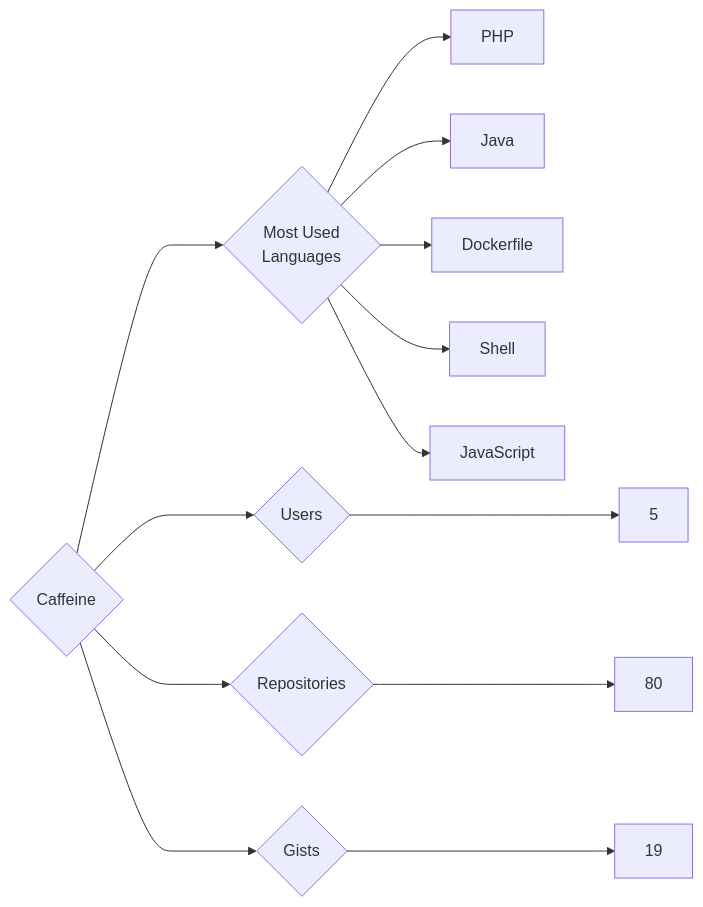
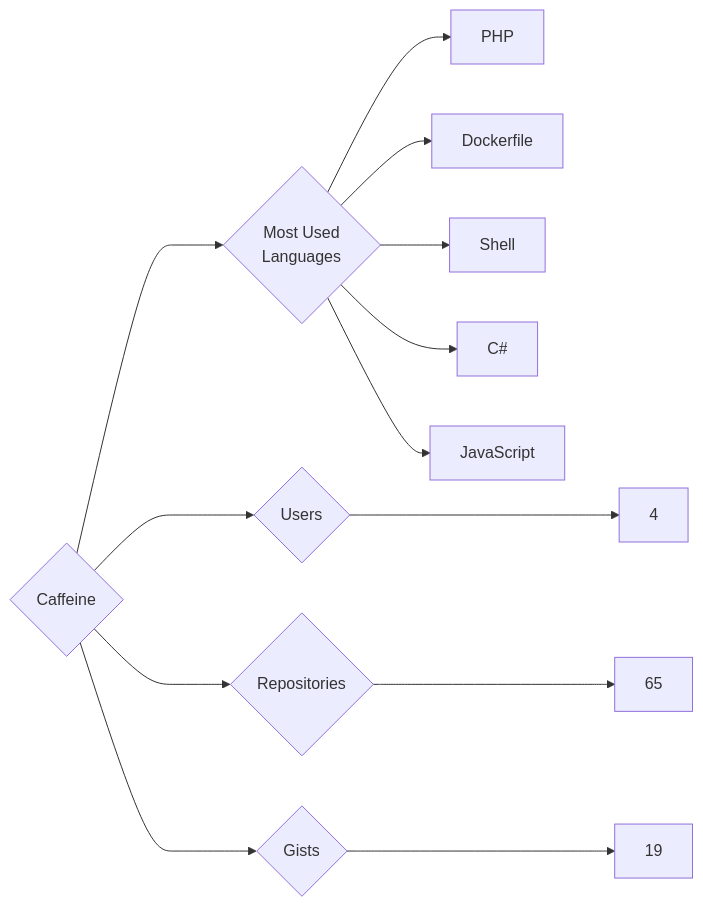
The diagram in targets/Caffeine/README.md (trickest/insiders), drawn with Mermaid before and after one commit. The commit also changed 618 other files, not shown here.

````diff
--- a/targets/Caffeine/README.md
+++ b/targets/Caffeine/README.md
@@ -3,13 +3,13 @@
 ```mermaid
 graph LR
 COMPANY_NAME{Caffeine}
-COMPANY_NAME ---> U{Users} ---> UN[5]
-COMPANY_NAME ---> R{Repositories} ---> RN[80]
+COMPANY_NAME ---> U{Users} ---> UN[4]
+COMPANY_NAME ---> R{Repositories} ---> RN[65]
 COMPANY_NAME ---> G{Gists} ---> GN[19]
 COMPANY_NAME ---> ML{Most Used<br>Languages}
 ML --> PHP[PHP]
-ML --> Java[Java]
 ML --> Dockerfile[Dockerfile]
 ML --> Shell[Shell]
+ML --> C#[C#]
 ML --> JavaScript[JavaScript]
 ```
````
